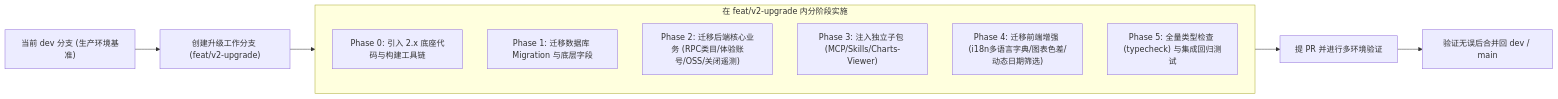
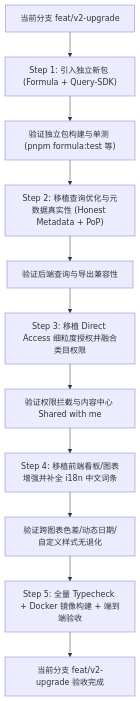
The fourth of 4 diagrams in docs/v2-upgrade-and-migration-guide.md (winwin-inc/lightdash-i18n), drawn with Mermaid before and after one commit. The commit also changed other lines of this file, not shown here.

````diff
--- a/docs/v2-upgrade-and-migration-guide.md
+++ b/docs/v2-upgrade-and-migration-guide.md
@@ -244,17 +181,17 @@
 ```mermaid
-flowchart LR
-    DevBranch["当前 dev 分支 (生产环境基准)"] --> NewBranch["创建升级工作分支 (feat/v2-upgrade)"]
+flowchart TD
+    Start["当前分支 feat/v2-upgrade"] --> Step1["Step 1: 引入独立新包 (Formula + Query-SDK)"]
+    Step1 --> Test1["验证独立包构建与单测 (pnpm formula:test 等)"]
     
-    subgraph MigrationSteps ["在 feat/v2-upgrade 内分阶段实施"]
-        P0["Phase 0: 引入 2.x 底座代码与构建工具链"]
-        P1["Phase 1: 迁移数据库 Migration 与底层字段"]
-        P2["Phase 2: 迁移后端核心业务 (RPC类目/体验账号/OSS/关闭遥测)"]
-        P3["Phase 3: 注入独立子包 (MCP/Skills/Charts-Viewer)"]
-        P4["Phase 4: 迁移前端增强 (i18n多语言字典/图表色差/动态日期筛选)"]
-        P5["Phase 5: 全量类型检查 (typecheck) 与集成回归测试"]
-    end
-
-    NewBranch --> MigrationSteps
-    MigrationSteps --> PRVerify["提 PR 并进行多环境验证"]
-    PRVerify --> MergeDev["验证无误后合并回 dev / main"]
+    Test1 --> Step2["Step 2: 移植查询优化与元数据真实性 (Honest Metadata + PoP)"]
+    Step2 --> Test2["验证后端查询与导出兼容性"]
+    
+    Test2 --> Step3["Step 3: 移植 Direct Access 细粒度授权并融合类目权限"]
+    Step3 --> Test3["验证权限拦截与内容中心 Shared with me"]
+    
+    Test3 --> Step4["Step 4: 移植前端看板/图表增强并补全 i18n 中文词条"]
+    Step4 --> Test4["验证跨图表色差/动态日期/自定义样式无退化"]
+    
+    Test4 --> Step5["Step 5: 全量 Typecheck + Docker 镜像构建 + 端到端验收"]
+    Step5 --> Done["当前分支 feat/v2-upgrade 验收完成"]
 ```
````
